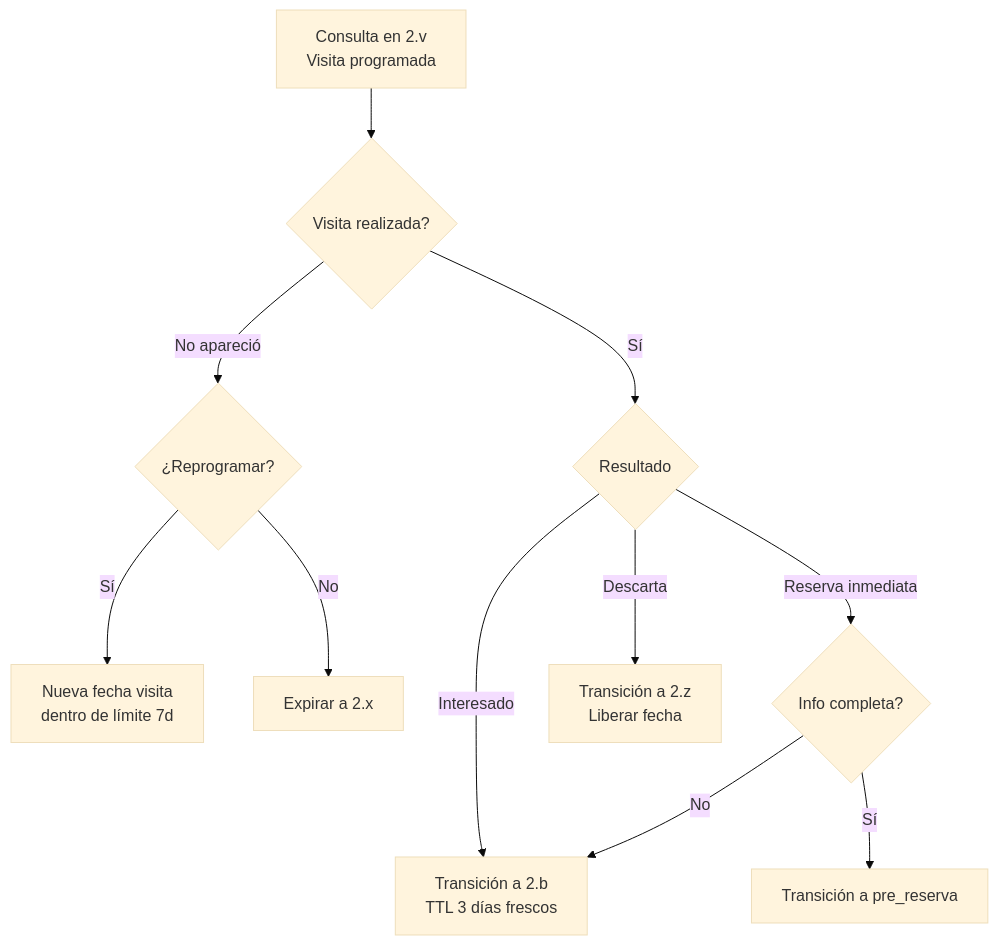
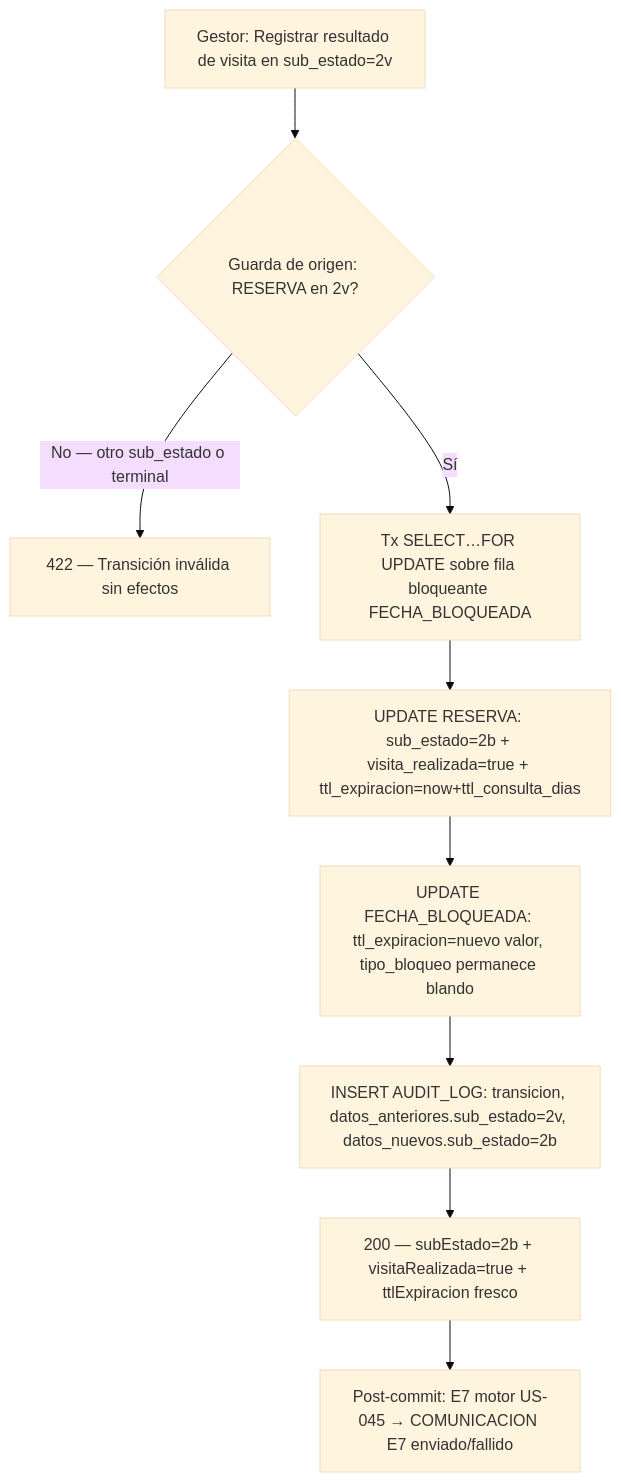
One commit to rvila89/slotify changed the sixth of 18 diagrams in docs/use-cases.md. Above: the diagram before and after it, drawn with Mermaid (base theme). The commit also changed other lines of this file and 34 other files, not shown here.

Commit message:
feat(reservas): US-009 registrar resultado de visita cliente interesado (2v->2b)

````diff
--- a/docs/use-cases.md
+++ b/docs/use-cases.md
@@ -485,13 +497,11 @@
 ```mermaid
 flowchart TD
-    A[Consulta en 2.v<br>Visita programada] --> B{Visita realizada?}
-    B -->|Sí| C{Resultado}
-    B -->|No apareció| D{¿Reprogramar?}
-    D -->|Sí| E[Nueva fecha visita<br>dentro de límite 7d]
-    D -->|No| F[Expirar a 2.x]
-    C -->|Interesado| G[Transición a 2.b<br>TTL 3 días frescos]
-    C -->|Reserva inmediata| H{Info completa?}
-    C -->|Descarta| I[Transición a 2.z<br>Liberar fecha]
-    H -->|Sí| J[Transición a pre_reserva]
-    H -->|No| G
+    A[Gestor: Registrar resultado de visita en sub_estado=2v] --> B{Guarda de origen: RESERVA en 2v?}
+    B -->|No — otro sub_estado o terminal| C[422 — Transición inválida sin efectos]
+    B -->|Sí| D[Tx SELECT…FOR UPDATE sobre fila bloqueante FECHA_BLOQUEADA]
+    D --> E[UPDATE RESERVA: sub_estado=2b + visita_realizada=true + ttl_expiracion=now+ttl_consulta_dias]
+    E --> F[UPDATE FECHA_BLOQUEADA: ttl_expiracion=nuevo valor, tipo_bloqueo permanece blando]
+    F --> G[INSERT AUDIT_LOG: transicion, datos_anteriores.sub_estado=2v, datos_nuevos.sub_estado=2b]
+    G --> H[200 — subEstado=2b + visitaRealizada=true + ttlExpiracion fresco]
+    H --> I[Post-commit: E7 motor US-045 → COMUNICACION E7 enviado/fallido]
 ```
````
